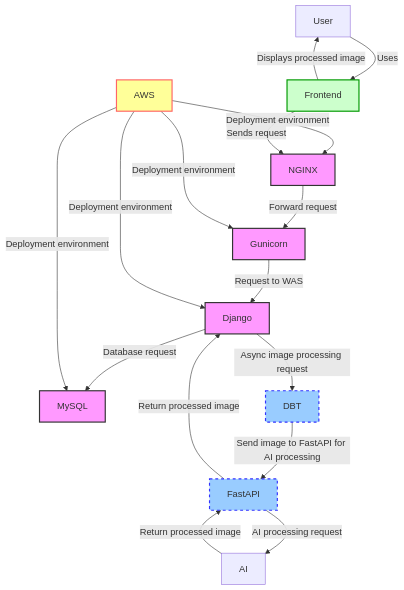
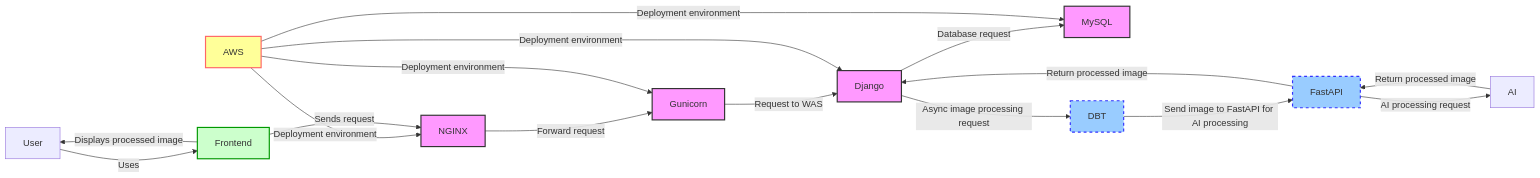
Before and after one commit to 0-CDOE/django_server: the third of 13 diagrams in README.md, drawn with Mermaid.

````diff
--- a/README.md
+++ b/README.md
@@ -436,33 +436,33 @@
 ```mermaid
-graph TD
-    direction LR 
+graph LR
+
     NGINX -->|Forward request| Gunicorn
     Gunicorn -->|Request to WAS| Django
     Django -->|Database request| MySQL
 
     Django -->|Async image processing request| DBT
     DBT -->|Send image to FastAPI for AI processing| FastAPI
     FastAPI -->|AI processing request| AI
     AI -->|Return processed image| FastAPI
     FastAPI -->|Return processed image| Django
 
     AWS -->|Deployment environment| NGINX
     AWS -->|Deployment environment| Gunicorn
     AWS -->|Deployment environment| Django
     AWS -->|Deployment environment| MySQL
 
     User -->|Uses| Frontend
     Frontend -->|Sends request| NGINX
     Frontend -->|Displays processed image| User
 
     classDef server fill:#f9f,stroke:#333,stroke-width:2px
     classDef async fill:#9cf,stroke:#33f,stroke-width:2px,stroke-dasharray: 5, 5
     classDef cloud fill:#ff9,stroke:#f66,stroke-width:2px
     classDef frontend fill:#cfc,stroke:#090,stroke-width:2px
 
     class NGINX,Gunicorn,Django,MySQL server
     class DBT,FastAPI async
     class AWS cloud
     class Frontend frontend
     
 ```
````
